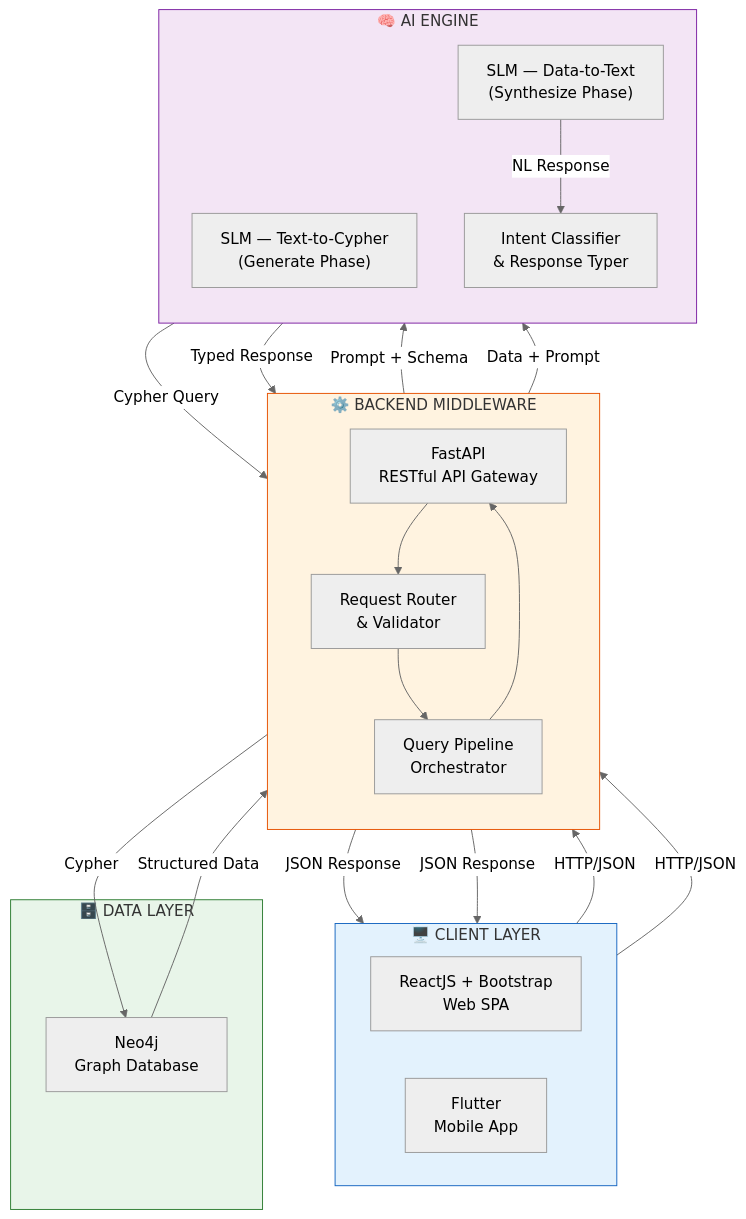
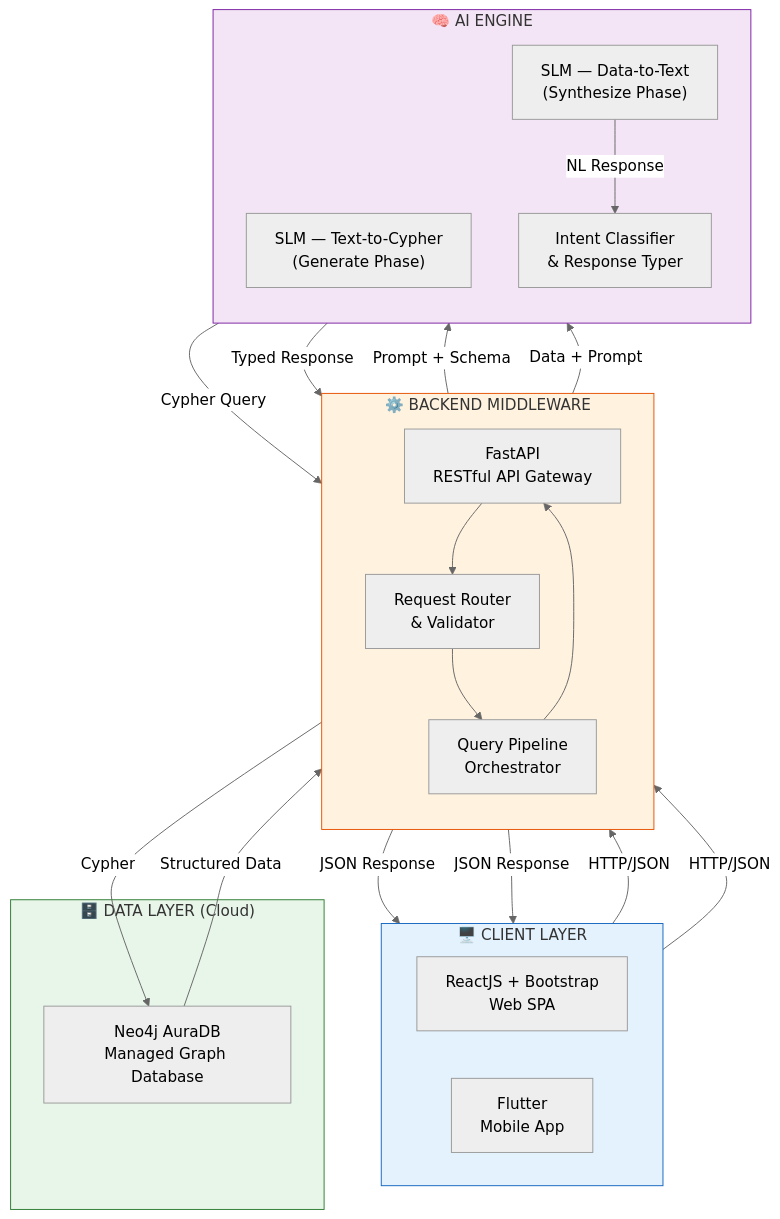
The first of 3 diagrams in docs/02_SYSTEM_ARCHITECTURE.md (NgBaoAnn/kbqa), drawn with Mermaid (neutral theme) before and after one commit. The commit also changed other lines of this file and 3 other files, not shown here.

First line of the commit message:
docs: update all references to Neo4j AuraDB (managed cloud database)

````diff
--- a/docs/02_SYSTEM_ARCHITECTURE.md
+++ b/docs/02_SYSTEM_ARCHITECTURE.md
@@ -9,46 +9,46 @@
 ```mermaid
 flowchart TB
     subgraph CLIENTS ["🖥️ CLIENT LAYER"]
         direction LR
         WEB["ReactJS + Bootstrap<br/>Web SPA"]
         MOBILE["Flutter<br/>Mobile App"]
     end
 
     subgraph BACKEND ["⚙️ BACKEND MIDDLEWARE"]
         direction TB
         API["FastAPI<br/>RESTful API Gateway"]
         ROUTER["Request Router<br/>& Validator"]
         PIPELINE["Query Pipeline<br/>Orchestrator"]
     end
 
     subgraph AI_ENGINE ["🧠 AI ENGINE"]
         direction TB
         LLM_GEN["SLM — Text-to-Cypher<br/>(Generate Phase)"]
         LLM_SYN["SLM — Data-to-Text<br/>(Synthesize Phase)"]
         INTENT["Intent Classifier<br/>& Response Typer"]
     end
 
-    subgraph DATA_LAYER ["🗄️ DATA LAYER"]
-        NEO4J["Neo4j<br/>Graph Database"]
+    subgraph DATA_LAYER ["🗄️ DATA LAYER (Cloud)"]
+        NEO4J["Neo4j AuraDB<br/>Managed Graph Database"]
     end
 
     WEB -- "HTTP/JSON" --> API
     MOBILE -- "HTTP/JSON" --> API
     API --> ROUTER
     ROUTER --> PIPELINE
     PIPELINE -- "Prompt + Schema" --> LLM_GEN
     LLM_GEN -- "Cypher Query" --> PIPELINE
     PIPELINE -- "Cypher" --> NEO4J
     NEO4J -- "Structured Data" --> PIPELINE
     PIPELINE -- "Data + Prompt" --> LLM_SYN
     LLM_SYN -- "NL Response" --> INTENT
     INTENT -- "Typed Response" --> PIPELINE
     PIPELINE --> API
     API -- "JSON Response" --> WEB
     API -- "JSON Response" --> MOBILE
 
     style CLIENTS fill:#e3f2fd,stroke:#1565c0
     style BACKEND fill:#fff3e0,stroke:#e65100
     style AI_ENGINE fill:#f3e5f5,stroke:#7b1fa2
     style DATA_LAYER fill:#e8f5e9,stroke:#2e7d32
 ```
````
